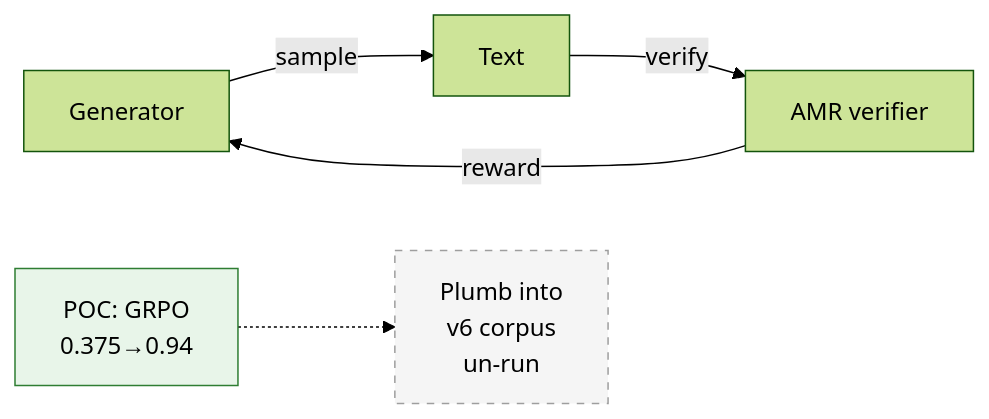
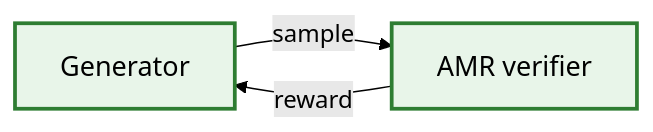
Before and after one commit to 14H034160212/Logical-Equivalence-driven-AMR-Data-Augmentation-for-Representation-Learning: the third of 3 diagrams in extensions/reports/index.md, drawn with Mermaid (forest theme). The commit also changed other lines of this file and 1 other file, not shown here.

First line of the commit message:
docs+extensions: minimal core-modules diagram; v14 LeRC builder

````diff
--- a/extensions/reports/index.md
+++ b/extensions/reports/index.md
@@ -112,11 +156,8 @@
 ```mermaid
 flowchart LR
-    R1[Generator] -->|sample| R3[Text]
-    R3 -->|verify| R2[AMR verifier]
-    R2 -->|reward| R1
-    R4[POC: GRPO<br/>0.375→0.94] -.-> R5[Plumb into<br/>v6 corpus<br/>un-run]
-    classDef done fill:#e8f5e9,stroke:#2e7d32
-    classDef todo fill:#f5f5f5,stroke:#9e9e9e,stroke-dasharray:5 5
-    class R4 done
-    class R5 todo
+    G["Generator"] -->|sample| V["AMR verifier"]
+    V -->|reward| G
+
+    classDef poc fill:#e8f5e9,stroke:#2e7d32,stroke-width:2.5px,font-size:18px
+    class G,V poc
 ```
````
